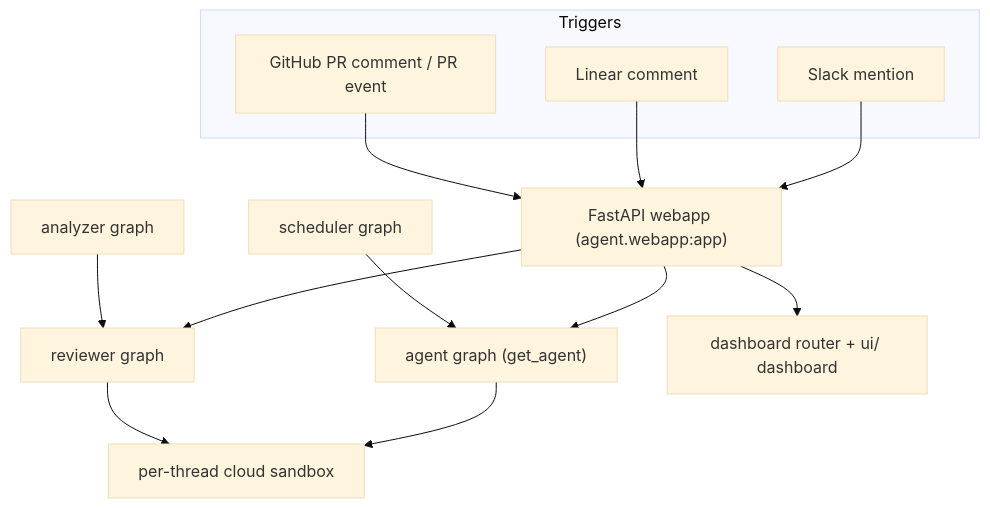
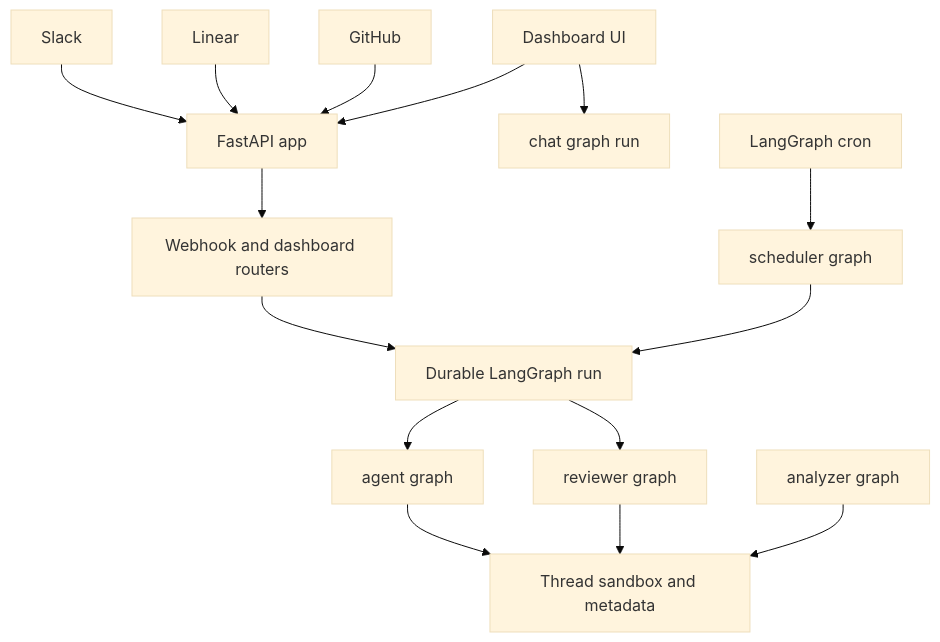
One commit to langchain-ai/open-swe changed the diagram in openwiki/quickstart.md. Above: the diagram before and after it, drawn with Mermaid (base theme). The commit also changed other lines of this file and 14 other files, not shown here.

````diff
--- a/openwiki/quickstart.md
+++ b/openwiki/quickstart.md
@@ -71,18 +62,17 @@
 ```mermaid
 flowchart TD
-  subgraph Triggers
-    SL["Slack mention"]
-    LI["Linear comment"]
-    GH["GitHub PR comment / PR event"]
-  end
-  SL --> WA["FastAPI webapp (agent.webapp:app)"]
-  LI --> WA
-  GH --> WA
-  WA --> AG["agent graph (get_agent)"]
-  WA --> RV["reviewer graph"]
-  WA --> DASH["dashboard router + ui/ dashboard"]
-  SCH["scheduler graph"] --> AG
-  AN["analyzer graph"] --> RV
-  AG --> SB["per-thread cloud sandbox"]
-  RV --> SB
+    Slack["Slack"] --> Http["FastAPI app"]
+    Linear["Linear"] --> Http
+    GitHub["GitHub"] --> Http
+    Dashboard["Dashboard UI"] --> Http
+    Http --> Hooks["Webhook and dashboard routers"]
+    Hooks --> Dispatch["Durable LangGraph run"]
+    Dispatch --> Main["agent graph"]
+    Dispatch --> Review["reviewer graph"]
+    Dashboard --> ChatRun["chat graph run"]
+    Cron["LangGraph cron"] --> Scheduler["scheduler graph"]
+    Scheduler --> Dispatch
+    Main --> Sandbox["Thread sandbox and metadata"]
+    Review --> Sandbox
+    Analyzer["analyzer graph"] --> Sandbox
 ```
````
